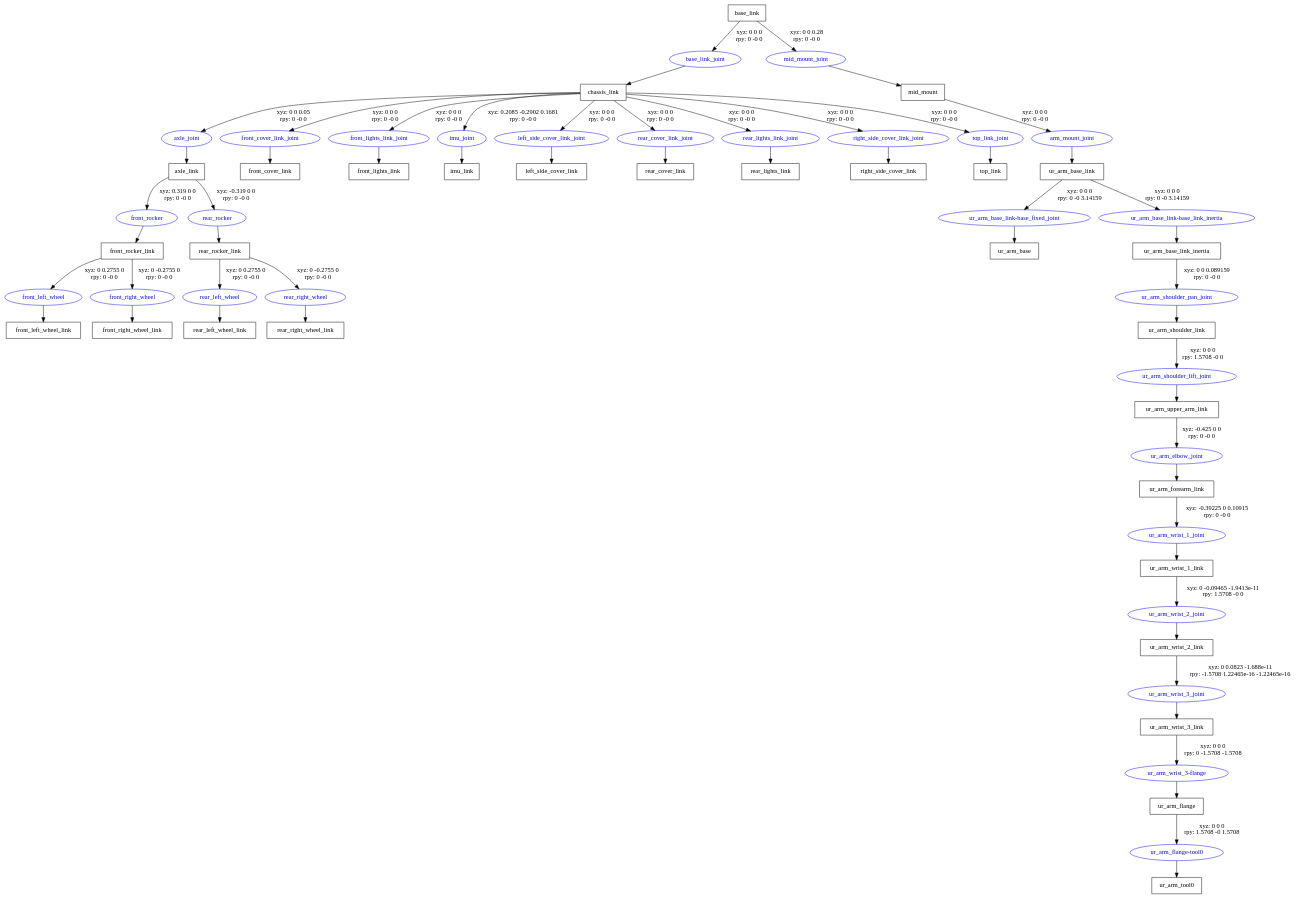
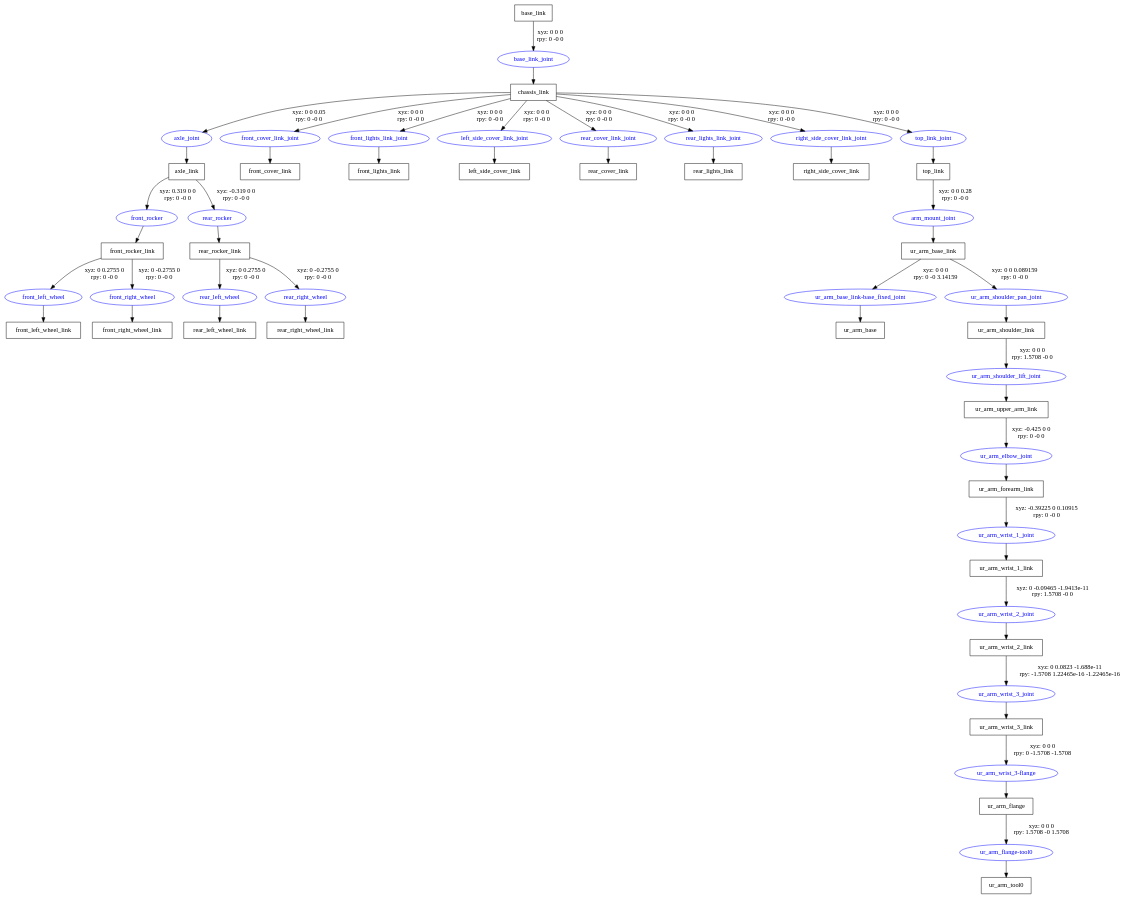
The diagram in mobile_manipulator_assets/description/OCS2_mobile_manipulator/urdf/ridgeback.gv (L-SY/upright), drawn with Graphviz before and after one commit. The commit also changed 4 other files, not shown here.

```diff
--- a/mobile_manipulator_assets/description/OCS2_mobile_manipulator/urdf/ridgeback.gv
+++ b/mobile_manipulator_assets/description/OCS2_mobile_manipulator/urdf/ridgeback.gv
@@ -1,89 +1,80 @@
 digraph G {
 node [shape=box];
 "base_link" [label="base_link"];
 "chassis_link" [label="chassis_link"];
 "axle_link" [label="axle_link"];
 "front_rocker_link" [label="front_rocker_link"];
 "front_left_wheel_link" [label="front_left_wheel_link"];
 "front_right_wheel_link" [label="front_right_wheel_link"];
 "rear_rocker_link" [label="rear_rocker_link"];
 "rear_left_wheel_link" [label="rear_left_wheel_link"];
 "rear_right_wheel_link" [label="rear_right_wheel_link"];
 "front_cover_link" [label="front_cover_link"];
 "front_lights_link" [label="front_lights_link"];
-"imu_link" [label="imu_link"];
 "left_side_cover_link" [label="left_side_cover_link"];
 "rear_cover_link" [label="rear_cover_link"];
 "rear_lights_link" [label="rear_lights_link"];
 "right_side_cover_link" [label="right_side_cover_link"];
 "top_link" [label="top_link"];
-"mid_mount" [label="mid_mount"];
 "ur_arm_base_link" [label="ur_arm_base_link"];
 "ur_arm_base" [label="ur_arm_base"];
-"ur_arm_base_link_inertia" [label="ur_arm_base_link_inertia"];
 "ur_arm_shoulder_link" [label="ur_arm_shoulder_link"];
 "ur_arm_upper_arm_link" [label="ur_arm_upper_arm_link"];
 "ur_arm_forearm_link" [label="ur_arm_forearm_link"];
 "ur_arm_wrist_1_link" [label="ur_arm_wrist_1_link"];
 "ur_arm_wrist_2_link" [label="ur_arm_wrist_2_link"];
 "ur_arm_wrist_3_link" [label="ur_arm_wrist_3_link"];
 "ur_arm_flange" [label="ur_arm_flange"];
 "ur_arm_tool0" [label="ur_arm_tool0"];
 node [shape=ellipse, color=blue, fontcolor=blue];
 "base_link" -> "base_link_joint" [label="xyz: 0 0 0 \nrpy: 0 -0 0"]
 "base_link_joint" -> "chassis_link"
 "chassis_link" -> "axle_joint" [label="xyz: 0 0 0.05 \nrpy: 0 -0 0"]
 "axle_joint" -> "axle_link"
 "axle_link" -> "front_rocker" [label="xyz: 0.319 0 0 \nrpy: 0 -0 0"]
 "front_rocker" -> "front_rocker_link"
 "front_rocker_link" -> "front_left_wheel" [label="xyz: 0 0.2755 0 \nrpy: 0 -0 0"]
 "front_left_wheel" -> "front_left_wheel_link"
 "front_rocker_link" -> "front_right_wheel" [label="xyz: 0 -0.2755 0 \nrpy: 0 -0 0"]
 "front_right_wheel" -> "front_right_wheel_link"
 "axle_link" -> "rear_rocker" [label="xyz: -0.319 0 0 \nrpy: 0 -0 0"]
 "rear_rocker" -> "rear_rocker_link"
 "rear_rocker_link" -> "rear_left_wheel" [label="xyz: 0 0.2755 0 \nrpy: 0 -0 0"]
 "rear_left_wheel" -> "rear_left_wheel_link"
 "rear_rocker_link" -> "rear_right_wheel" [label="xyz: 0 -0.2755 0 \nrpy: 0 -0 0"]
 "rear_right_wheel" -> "rear_right_wheel_link"
 "chassis_link" -> "front_cover_link_joint" [label="xyz: 0 0 0 \nrpy: 0 -0 0"]
 "front_cover_link_joint" -> "front_cover_link"
 "chassis_link" -> "front_lights_link_joint" [label="xyz: 0 0 0 \nrpy: 0 -0 0"]
 "front_lights_link_joint" -> "front_lights_link"
-"chassis_link" -> "imu_joint" [label="xyz: 0.2085 -0.2902 0.1681 \nrpy: 0 -0 0"]
-"imu_joint" -> "imu_link"
 "chassis_link" -> "left_side_cover_link_joint" [label="xyz: 0 0 0 \nrpy: 0 -0 0"]
 "left_side_cover_link_joint" -> "left_side_cover_link"
 "chassis_link" -> "rear_cover_link_joint" [label="xyz: 0 0 0 \nrpy: 0 -0 0"]
 "rear_cover_link_joint" -> "rear_cover_link"
 "chassis_link" -> "rear_lights_link_joint" [label="xyz: 0 0 0 \nrpy: 0 -0 0"]
 "rear_lights_link_joint" -> "rear_lights_link"
 "chassis_link" -> "right_side_cover_link_joint" [label="xyz: 0 0 0 \nrpy: 0 -0 0"]
 "right_side_cover_link_joint" -> "right_side_cover_link"
 "chassis_link" -> "top_link_joint" [label="xyz: 0 0 0 \nrpy: 0 -0 0"]
 "top_link_joint" -> "top_link"
-"base_link" -> "mid_mount_joint" [label="xyz: 0 0 0.28 \nrpy: 0 -0 0"]
-"mid_mount_joint" -> "mid_mount"
-"mid_mount" -> "arm_mount_joint" [label="xyz: 0 0 0 \nrpy: 0 -0 0"]
+"top_link" -> "arm_mount_joint" [label="xyz: 0 0 0.28 \nrpy: 0 -0 0"]
 "arm_mount_joint" -> "ur_arm_base_link"
 "ur_arm_base_link" -> "ur_arm_base_link-base_fixed_joint" [label="xyz: 0 0 0 \nrpy: 0 -0 3.14159"]
 "ur_arm_base_link-base_fixed_joint" -> "ur_arm_base"
-"ur_arm_base_link" -> "ur_arm_base_link-base_link_inertia" [label="xyz: 0 0 0 \nrpy: 0 -0 3.14159"]
-"ur_arm_base_link-base_link_inertia" -> "ur_arm_base_link_inertia"
-"ur_arm_base_link_inertia" -> "ur_arm_shoulder_pan_joint" [label="xyz: 0 0 0.089159 \nrpy: 0 -0 0"]
+"ur_arm_base_link" -> "ur_arm_shoulder_pan_joint" [label="xyz: 0 0 0.089159 \nrpy: 0 -0 0"]
 "ur_arm_shoulder_pan_joint" -> "ur_arm_shoulder_link"
 "ur_arm_shoulder_link" -> "ur_arm_shoulder_lift_joint" [label="xyz: 0 0 0 \nrpy: 1.5708 -0 0"]
 "ur_arm_shoulder_lift_joint" -> "ur_arm_upper_arm_link"
 "ur_arm_upper_arm_link" -> "ur_arm_elbow_joint" [label="xyz: -0.425 0 0 \nrpy: 0 -0 0"]
 "ur_arm_elbow_joint" -> "ur_arm_forearm_link"
 "ur_arm_forearm_link" -> "ur_arm_wrist_1_joint" [label="xyz: -0.39225 0 0.10915 \nrpy: 0 -0 0"]
 "ur_arm_wrist_1_joint" -> "ur_arm_wrist_1_link"
 "ur_arm_wrist_1_link" -> "ur_arm_wrist_2_joint" [label="xyz: 0 -0.09465 -1.9413e-11 \nrpy: 1.5708 -0 0"]
 "ur_arm_wrist_2_joint" -> "ur_arm_wrist_2_link"
 "ur_arm_wrist_2_link" -> "ur_arm_wrist_3_joint" [label="xyz: 0 0.0823 -1.688e-11 \nrpy: -1.5708 1.22465e-16 -1.22465e-16"]
 "ur_arm_wrist_3_joint" -> "ur_arm_wrist_3_link"
 "ur_arm_wrist_3_link" -> "ur_arm_wrist_3-flange" [label="xyz: 0 0 0 \nrpy: 0 -1.5708 -1.5708"]
 "ur_arm_wrist_3-flange" -> "ur_arm_flange"
 "ur_arm_flange" -> "ur_arm_flange-tool0" [label="xyz: 0 0 0 \nrpy: 1.5708 -0 1.5708"]
 "ur_arm_flange-tool0" -> "ur_arm_tool0"
 }
```
